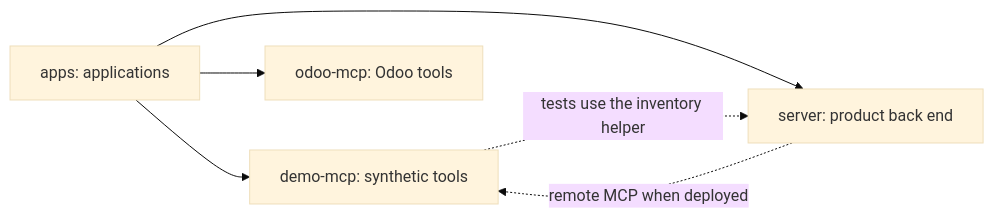
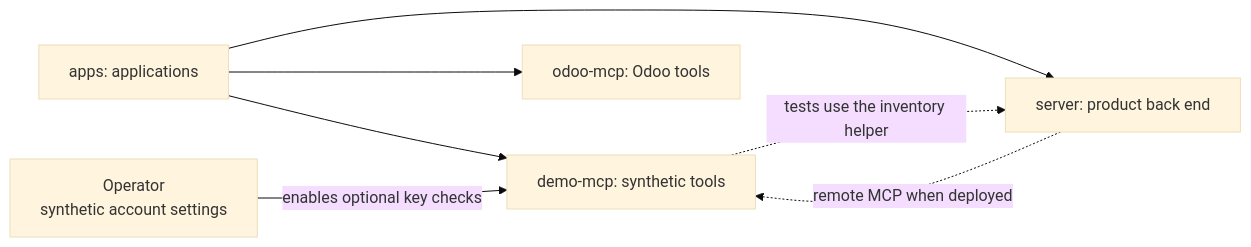
One commit to elewa-git/opencrane-new changed the diagram in apps/demo-mcp/README.md. Above: the diagram before and after it, drawn with Mermaid (base theme). The commit also changed other lines of this file and 157 other files, not shown here.

````diff
--- a/apps/demo-mcp/README.md
+++ b/apps/demo-mcp/README.md
@@ -14,8 +16,9 @@
 ```mermaid
 flowchart LR
   apps["apps: applications"] --> demo["demo-mcp: synthetic tools"]
   apps --> server["server: product back end"]
+  operator["Operator<br/>synthetic account settings"] -->|enables optional key checks| demo
   apps --> odoo["odoo-mcp: Odoo tools"]
   server -.->|remote MCP when deployed| demo
   demo -.->|tests use the inventory helper| server
 ```
````
